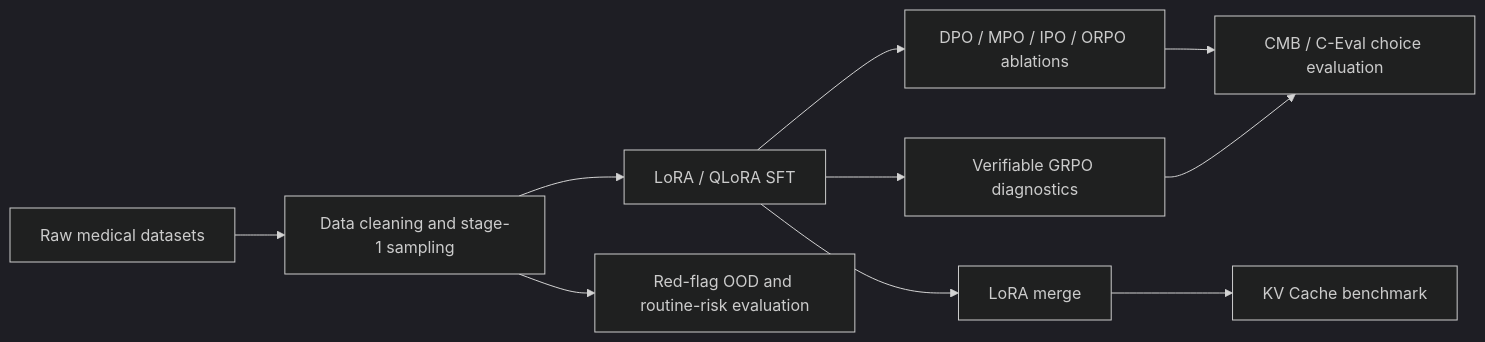
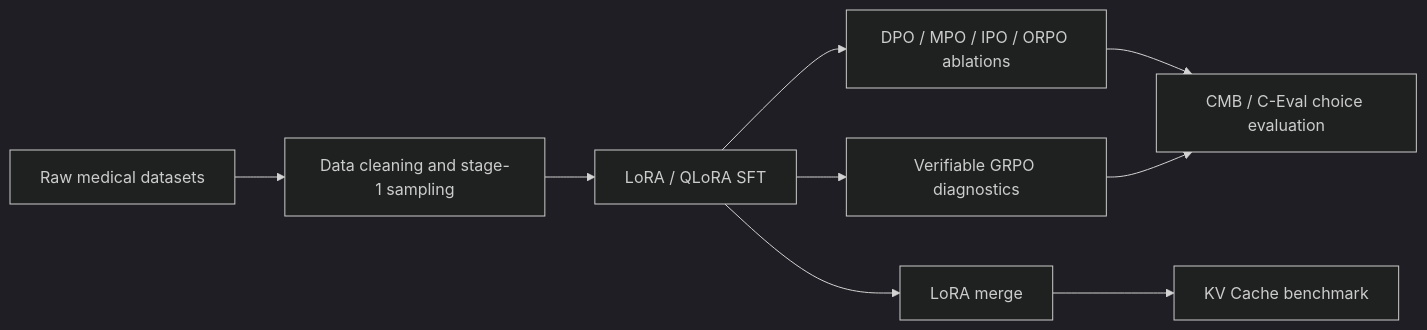
One commit to hxyhxyhxy123/MedAlign-RLBench changed the diagram in docs/architecture.md. Above: the diagram before and after it, drawn with Mermaid (dark theme). The commit also changed other lines of this file and 15 other files, not shown here.

````diff
--- a/docs/architecture.md
+++ b/docs/architecture.md
@@ -3,12 +3,11 @@
 ```mermaid
 flowchart LR
     A["Raw medical datasets"] --> B["Data cleaning and stage-1 sampling"]
     B --> C["LoRA / QLoRA SFT"]
     C --> D["DPO / MPO / IPO / ORPO ablations"]
     C --> E["Verifiable GRPO diagnostics"]
     D --> F["CMB / C-Eval choice evaluation"]
     E --> F
-    B --> G["Red-flag OOD and routine-risk evaluation"]
     C --> H["LoRA merge"]
     H --> I["KV Cache benchmark"]
 ```
````
